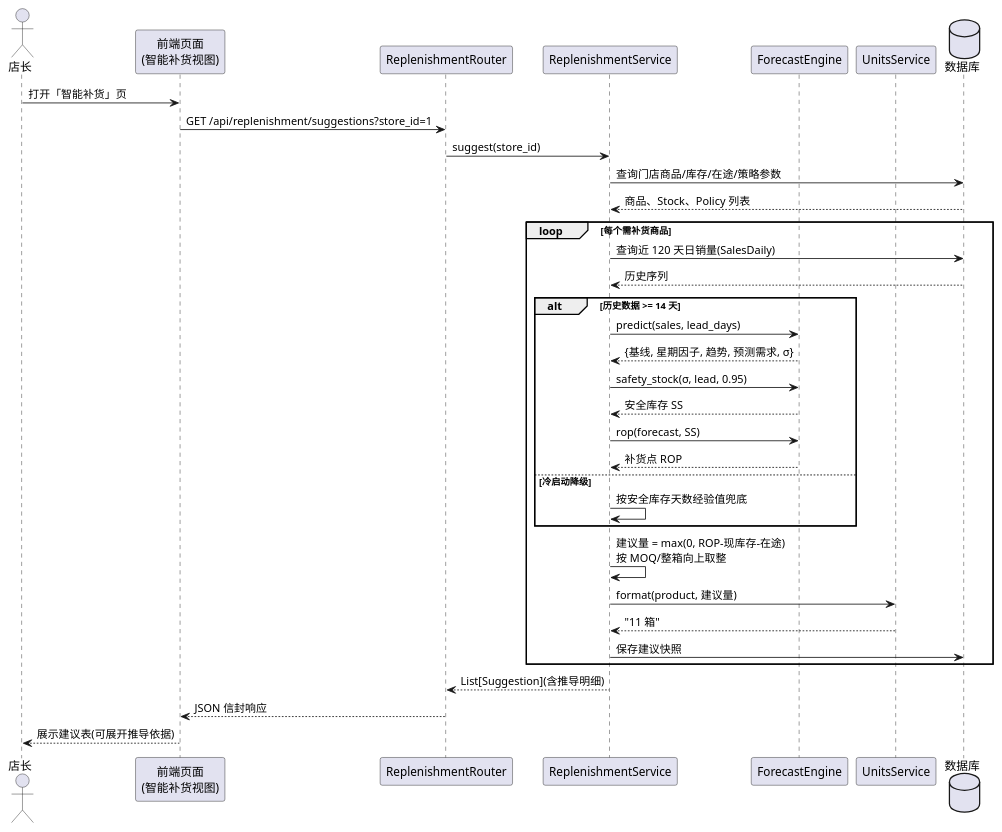
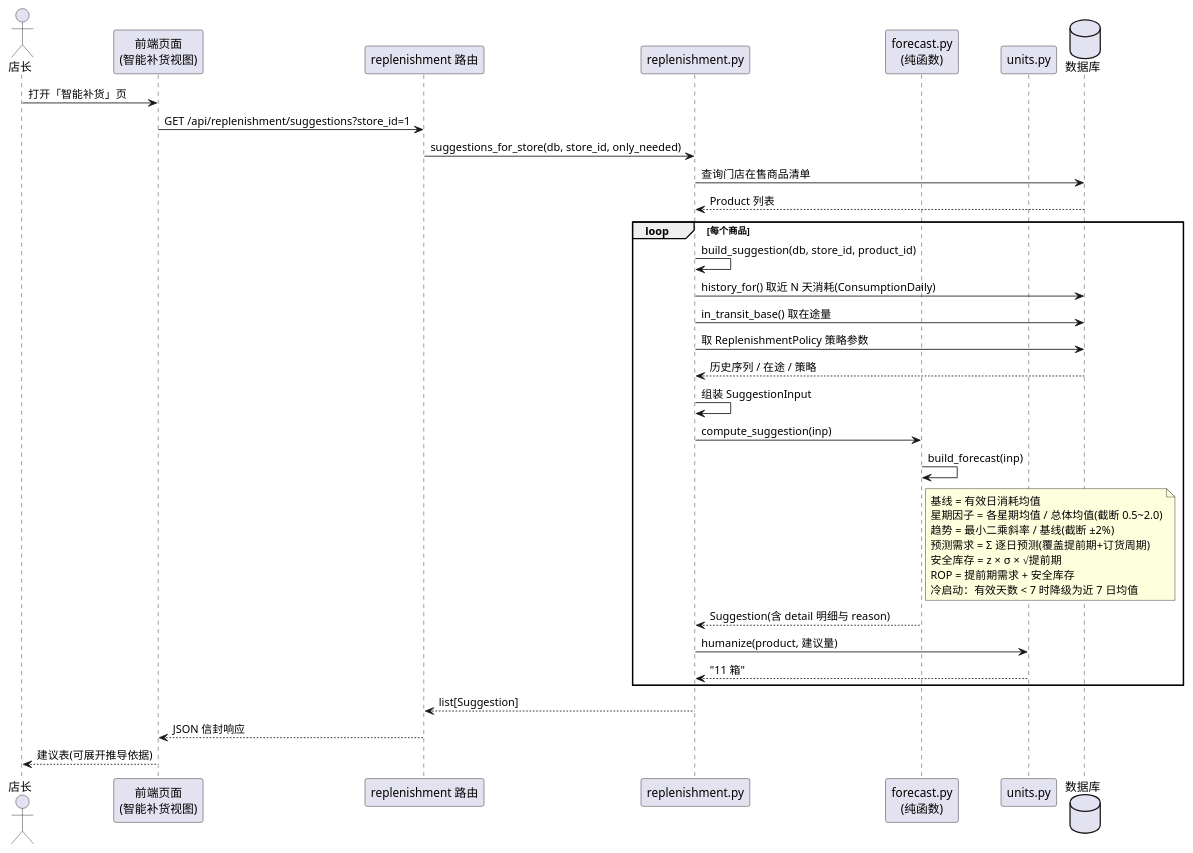
Before and after one commit to chenpingan6158-a11y/intelligent-replenishment-system: the diagram in docs/uml/10-顺序图-生成补货建议.puml, drawn with PlantUML. The commit also changed 18 other files, not shown here.

Commit message:
图码一致性修正：ER图改为从模型元数据自动生成(22表)；类图/顺序图改用真实函数名；报告同步更新

```diff
--- a/docs/uml/10-顺序图-生成补货建议.puml
+++ b/docs/uml/10-顺序图-生成补货建议.puml
@@ -1,37 +1,41 @@
 @startuml
 skinparam backgroundColor #FFFFFF
 actor 店长 as SM
 participant "前端页面\n(智能补货视图)" as FE
-participant "ReplenishmentRouter" as RT
-participant "ReplenishmentService" as SV
-participant "ForecastEngine" as FC
-participant "UnitsService" as UN
+participant "replenishment 路由" as RT
+participant "replenishment.py" as SV
+participant "forecast.py\n(纯函数)" as FC
+participant "units.py" as UN
 database "数据库" as DB
 
 SM -> FE : 打开「智能补货」页
 FE -> RT : GET /api/replenishment/suggestions?store_id=1
-RT -> SV : suggest(store_id)
-SV -> DB : 查询门店商品/库存/在途/策略参数
-DB --> SV : 商品、Stock、Policy 列表
-loop 每个需补货商品
-  SV -> DB : 查询近 120 天日销量(SalesDaily)
-  DB --> SV : 历史序列
-  alt 历史数据 >= 14 天
-    SV -> FC : predict(sales, lead_days)
-    FC --> SV : {基线, 星期因子, 趋势, 预测需求, σ}
-    SV -> FC : safety_stock(σ, lead, 0.95)
-    FC --> SV : 安全库存 SS
-    SV -> FC : rop(forecast, SS)
-    FC --> SV : 补货点 ROP
-  else 冷启动降级
-    SV -> SV : 按安全库存天数经验值兜底
-  end
-  SV -> SV : 建议量 = max(0, ROP-现库存-在途)\n按 MOQ/整箱向上取整
-  SV -> UN : format(product, 建议量)
+RT -> SV : suggestions_for_store(db, store_id, only_needed)
+SV -> DB : 查询门店在售商品清单
+DB --> SV : Product 列表
+loop 每个商品
+  SV -> SV : build_suggestion(db, store_id, product_id)
+  SV -> DB : history_for() 取近 N 天消耗(ConsumptionDaily)
+  SV -> DB : in_transit_base() 取在途量
+  SV -> DB : 取 ReplenishmentPolicy 策略参数
+  DB --> SV : 历史序列 / 在途 / 策略
+  SV -> SV : 组装 SuggestionInput
+  SV -> FC : compute_suggestion(inp)
+  FC -> FC : build_forecast(inp)
+  note right of FC
+    基线 = 有效日消耗均值
+    星期因子 = 各星期均值 / 总体均值(截断 0.5~2.0)
+    趋势 = 最小二乘斜率 / 基线(截断 ±2%)
+    预测需求 = Σ 逐日预测(覆盖提前期+订货周期)
+    安全库存 = z × σ × √提前期
+    ROP = 提前期需求 + 安全库存
+    冷启动：有效天数 < 7 时降级为近 7 日均值
+  end note
+  FC --> SV : Suggestion(含 detail 明细与 reason)
+  SV -> UN : humanize(product, 建议量)
   UN --> SV : "11 箱"
-  SV -> DB : 保存建议快照
 end
-SV --> RT : List[Suggestion](含推导明细)
+SV --> RT : list[Suggestion]
 RT --> FE : JSON 信封响应
-FE --> SM : 展示建议表(可展开推导依据)
+FE --> SM : 建议表(可展开推导依据)
 @enduml
```
